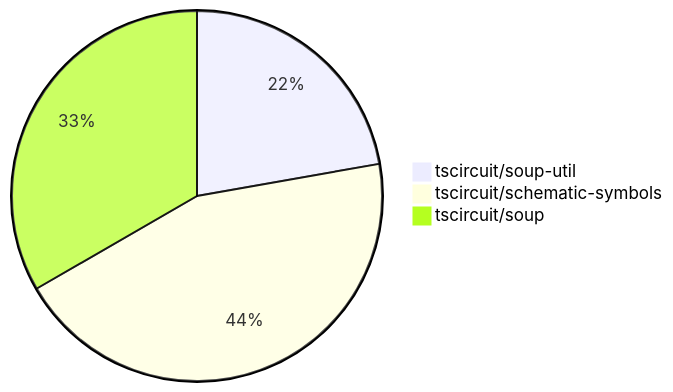
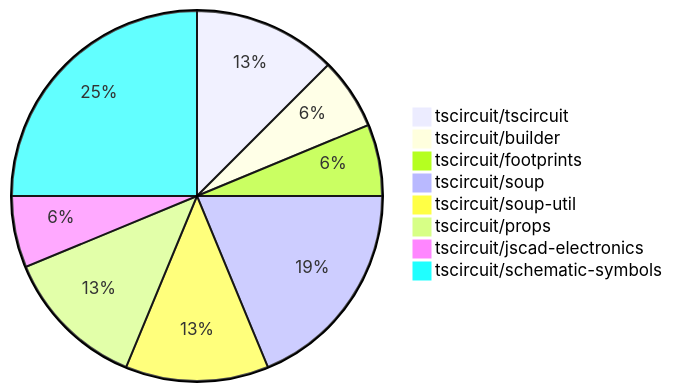
One commit to tscircuit/contribution-tracker changed the diagram in contribution-overviews/2024-08-17.md. Above: the diagram before and after it, drawn with Mermaid. The commit also changed other lines of this file and 1 other file, not shown here.

````diff
--- a/contribution-overviews/2024-08-17.md
+++ b/contribution-overviews/2024-08-17.md
@@ -5,6 +5,11 @@
 ```mermaid
 pie
+    "tscircuit/tscircuit" : 2
+    "tscircuit/builder" : 1
+    "tscircuit/footprints" : 1
+    "tscircuit/soup" : 3
     "tscircuit/soup-util" : 2
+    "tscircuit/props" : 2
+    "tscircuit/jscad-electronics" : 1
     "tscircuit/schematic-symbols" : 4
-    "tscircuit/soup" : 3
 ```
````
